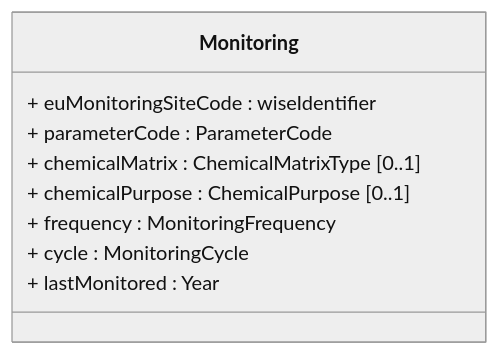
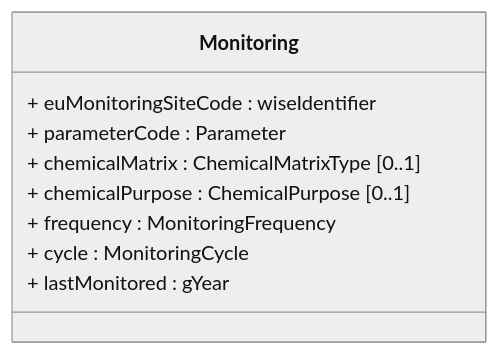
The diagram in docs/DataModelReview/mmd/Monitoring_4thCycle_Monitoring_ClassDiagram.mmd (eeadata/WISE.WFD.Documentation), drawn with Mermaid before and after one commit. The commit also changed 12 other files, not shown here.

```diff
--- a/docs/DataModelReview/mmd/Monitoring_4thCycle_Monitoring_ClassDiagram.mmd
+++ b/docs/DataModelReview/mmd/Monitoring_4thCycle_Monitoring_ClassDiagram.mmd
@@ -1,18 +1,18 @@
 ---
 config:
   class:
     hideEmptyMembersBox: true
   layout: dagre
   theme: neutral
 ---
 classDiagram
 direction LR
 class Monitoring{
   + euMonitoringSiteCode : wiseIdentifier
-  + parameterCode : ParameterCode
+  + parameterCode : Parameter
   + chemicalMatrix : ChemicalMatrixType [0..1]
   + chemicalPurpose : ChemicalPurpose [0..1]
   + frequency : MonitoringFrequency
   + cycle : MonitoringCycle
-  + lastMonitored : Year
+  + lastMonitored : gYear
 }
```
